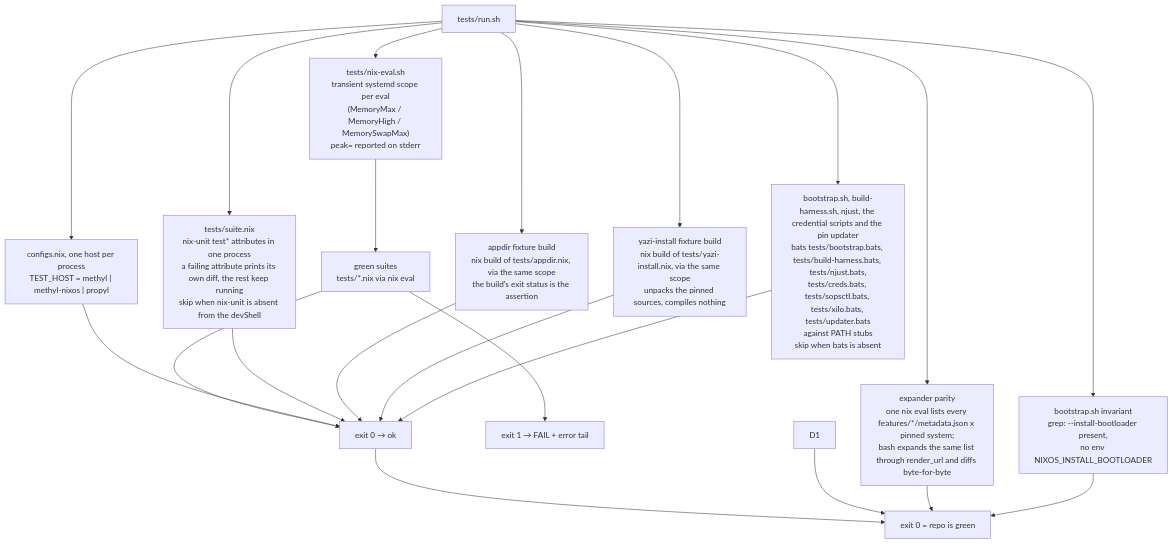
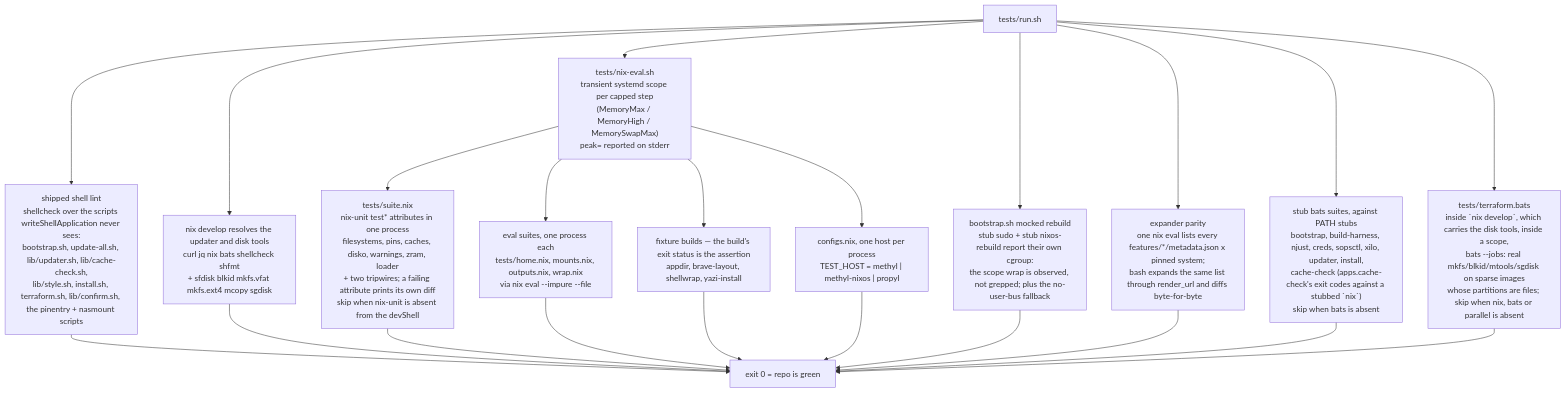
Before and after one commit to WombatFromHell/automatic-palm-tree: the first of 5 diagrams in TEST_DESIGN.md, drawn with Mermaid. The commit also changed other lines of this file and 7 other files, not shown here.

First line of the commit message:
test gate: 106s -> 31s, by running what shares nothing at the same time

````diff
--- a/TEST_DESIGN.md
+++ b/TEST_DESIGN.md
@@ -19,23 +28,24 @@
 ```mermaid
 flowchart TD
-  R["tests/run.sh"] --> N["tests/nix-eval.sh<br/>transient systemd scope per eval<br/>(MemoryMax / MemoryHigh / MemorySwapMax)<br/>peak= reported on stderr"]
-  N --> G["green suites<br/>tests/*.nix via nix eval"]
-  G --> G1["exit 0 → ok"]
-  G --> G2["exit 1 → FAIL + error tail"]
-  R --> C["configs.nix, one host per process<br/>TEST_HOST = methyl | methyl-nixos | propyl"]
-  C --> G1
-  R --> U["tests/suite.nix<br/>nix-unit test* attributes in one process<br/>a failing attribute prints its own diff, the rest keep running<br/>skip when nix-unit is absent from the devShell"]
-  U --> G1
+  R["tests/run.sh"] --> N["tests/nix-eval.sh<br/>transient systemd scope per capped step<br/>(MemoryMax / MemoryHigh / MemorySwapMax)<br/>peak= reported on stderr"]
+  R --> LN["shipped shell lint<br/>shellcheck over the scripts writeShellApplication never sees:<br/>bootstrap.sh, update-all.sh, lib/updater.sh, lib/cache-check.sh,<br/>lib/style.sh, install.sh, terraform.sh, lib/confirm.sh, the pinentry + nasmount scripts"]
+  R --> DV["nix develop resolves the updater and disk tools<br/>curl jq nix bats shellcheck shfmt<br/>+ sfdisk blkid mkfs.vfat mkfs.ext4 mcopy sgdisk"]
+  N --> U["tests/suite.nix<br/>nix-unit test* attributes in one process<br/>filesystems, pins, caches, disko, warnings, zram, loader<br/>+ two tripwires; a failing attribute prints its own diff<br/>skip when nix-unit is absent from the devShell"]
+  N --> G["eval suites, one process each<br/>tests/home.nix, mounts.nix, outputs.nix, wrap.nix<br/>via nix eval --impure --file"]
+  N --> B["fixture builds — the build's exit status is the assertion<br/>appdir, brave-layout, shellwrap, yazi-install"]
+  N --> C["configs.nix, one host per process<br/>TEST_HOST = methyl | methyl-nixos | propyl"]
+  R --> M["bootstrap.sh mocked rebuild<br/>stub sudo + stub nixos-rebuild report their own cgroup:<br/>the scope wrap is observed, not grepped; plus the no-user-bus fallback"]
   R --> P["expander parity<br/>one nix eval lists every features/*/metadata.json x pinned system;<br/>bash expands the same list through render_url and diffs byte-for-byte"]
-  R --> B["bootstrap.sh invariant<br/>grep: --install-bootloader present,<br/>no env NIXOS_INSTALL_BOOTLOADER"]
-  R --> A["appdir fixture build<br/>nix build of tests/appdir.nix, via the same scope<br/>the build's exit status is the assertion"]
-  A --> G1
-  R --> Y["yazi-install fixture build<br/>nix build of tests/yazi-install.nix, via the same scope<br/>unpacks the pinned sources, compiles nothing"]
-  Y --> G1
-  R --> I["bootstrap.sh, build-harness.sh, njust, the credential scripts and the pin updater<br/>bats tests/bootstrap.bats, tests/build-harness.bats, tests/njust.bats,<br/>tests/creds.bats, tests/sopsctl.bats, tests/xilo.bats, tests/updater.bats<br/>against PATH stubs<br/>skip when bats is absent"]
-  I --> G1
-  G1 --> X["exit 0 = repo is green"]
-  D1 --> X
+  R --> I["stub bats suites, against PATH stubs<br/>bootstrap, build-harness, njust, creds, sopsctl, xilo, updater, install,<br/>cache-check (apps.cache-check's exit codes against a stubbed `nix`)<br/>skip when bats is absent"]
+  R --> T["tests/terraform.bats<br/>inside `nix develop`, which carries the disk tools, inside a scope,<br/>bats --jobs: real mkfs/blkid/mtools/sgdisk on sparse images<br/>whose partitions are files; skip when nix, bats or parallel is absent"]
+  LN --> X["exit 0 = repo is green"]
+  DV --> X
+  U --> X
+  G --> X
+  B --> X
+  C --> X
+  M --> X
   P --> X
-  B --> X
+  I --> X
+  T --> X
 ```
````
